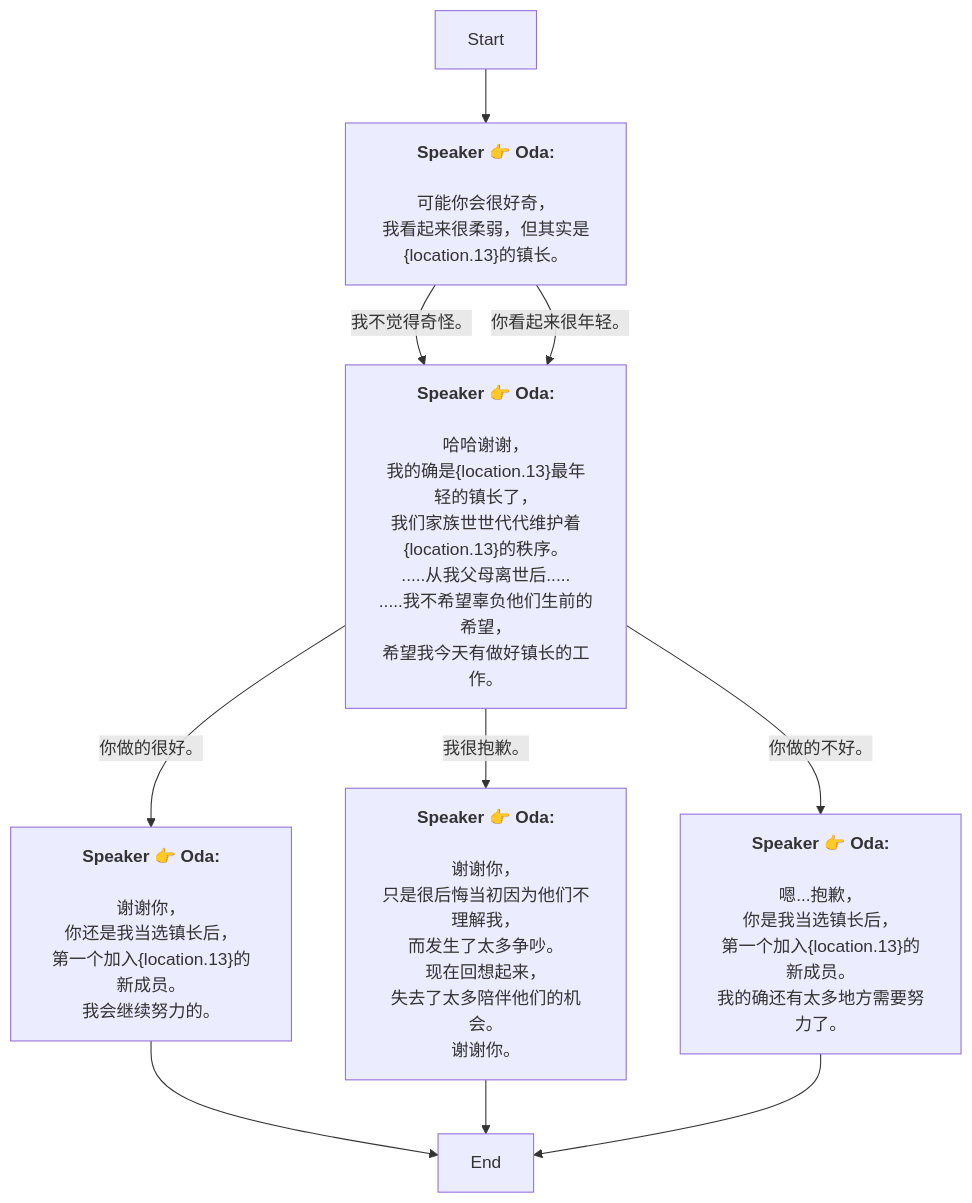
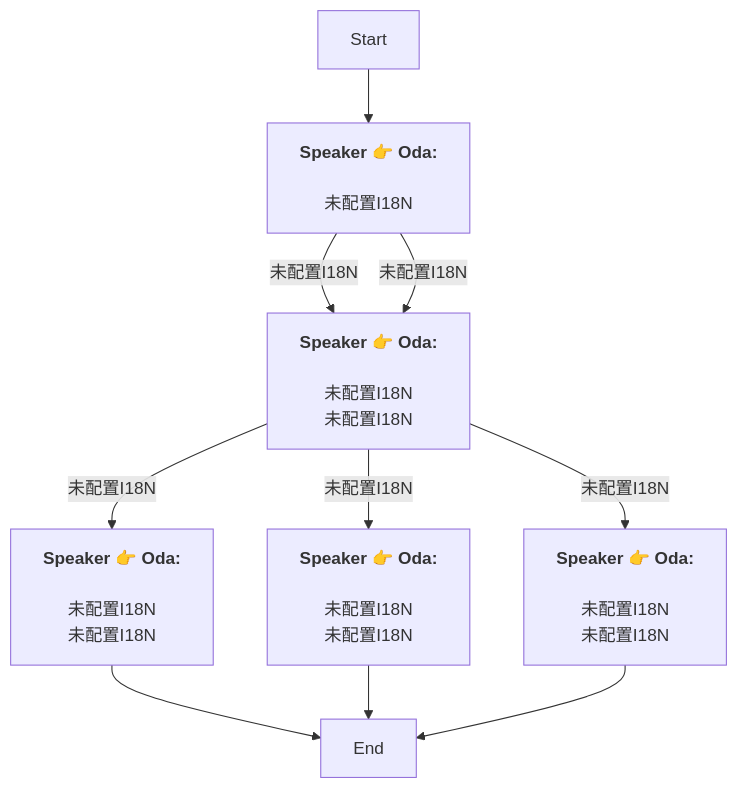
One commit to SoftHu/tos_avg changed the diagram in Zh/QuestTalkObjectiveNode_1741756732252428.md. Above: the diagram before and after it, drawn with Mermaid. The commit also changed 730 other files, not shown here.

````diff
--- a/Zh/QuestTalkObjectiveNode_1741756732252428.md
+++ b/Zh/QuestTalkObjectiveNode_1741756732252428.md
@@ -1,36 +1,19 @@
 ```mermaid
 graph
 Start -->1741756751534367[<b>Speaker 👉 Oda:</b>
-\n可能你会很好奇，
-我看起来很柔弱，但其实是&lbrace;location.13&rbrace;的镇长。]
-1741756751534367 -->|我不觉得奇怪。|1741756751534371[<b>Speaker 👉 Oda:</b>
-\n哈哈谢谢，
-我的确是&lbrace;location.13&rbrace;最年轻的镇长了，
-我们家族世世代代维护着&lbrace;location.13&rbrace;的秩序。\n.....从我父母离世后.....
-.....我不希望辜负他们生前的希望，
-希望我今天有做好镇长的工作。]
-1741756751534367 -->|你看起来很年轻。|1741756751534371[<b>Speaker 👉 Oda:</b>
-\n哈哈谢谢，
-我的确是&lbrace;location.13&rbrace;最年轻的镇长了，
-我们家族世世代代维护着&lbrace;location.13&rbrace;的秩序。\n.....从我父母离世后.....
-.....我不希望辜负他们生前的希望，
-希望我今天有做好镇长的工作。]
-1741756751534371 -->|你做的很好。|1741756751534375[<b>Speaker 👉 Oda:</b>
-\n谢谢你，
-你还是我当选镇长后，
-第一个加入&lbrace;location.13&rbrace;的新成员。\n我会继续努力的。]
-1741756751534371 -->|你做的不好。|1741758102220112[<b>Speaker 👉 Oda:</b>
-\n嗯...抱歉，
-你是我当选镇长后，
-第一个加入&lbrace;location.13&rbrace;的新成员。\n我的确还有太多地方需要努力了。]
-1741756751534371 -->|我很抱歉。|1741757998477647[<b>Speaker 👉 Oda:</b>
-\n谢谢你，
-只是很后悔当初因为他们不理解我，
-而发生了太多争吵。\n现在回想起来，
-失去了太多陪伴他们的机会。
-谢谢你。]
+\n未配置I18N]
+1741756751534367 -->|未配置I18N|1741756751534371[<b>Speaker 👉 Oda:</b>
+\n未配置I18N\n未配置I18N]
+1741756751534367 -->|未配置I18N|1741756751534371[<b>Speaker 👉 Oda:</b>
+\n未配置I18N\n未配置I18N]
+1741756751534371 -->|未配置I18N|1741756751534375[<b>Speaker 👉 Oda:</b>
+\n未配置I18N\n未配置I18N]
+1741756751534371 -->|未配置I18N|1741758102220112[<b>Speaker 👉 Oda:</b>
+\n未配置I18N\n未配置I18N]
+1741756751534371 -->|未配置I18N|1741757998477647[<b>Speaker 👉 Oda:</b>
+\n未配置I18N\n未配置I18N]
 1741756751534375 -->1741757982916940[End]
 1741757998477647 -->1741757982916940[End]
 1741758102220112 -->1741757982916940[End]
 
 ```
````
